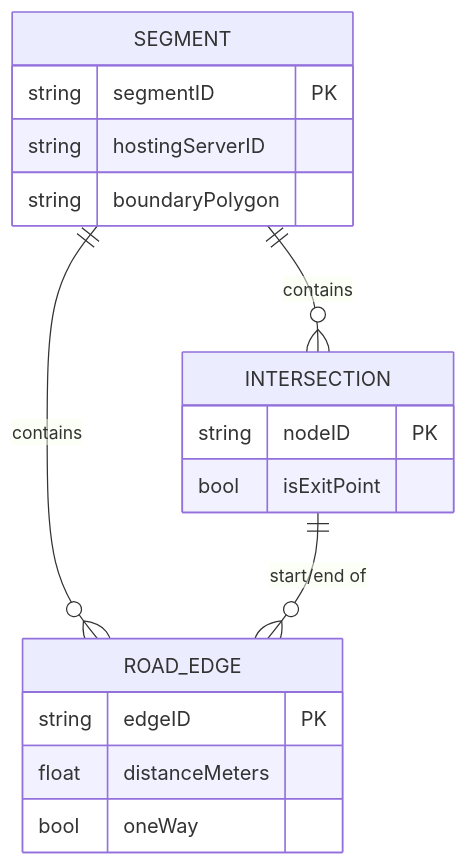
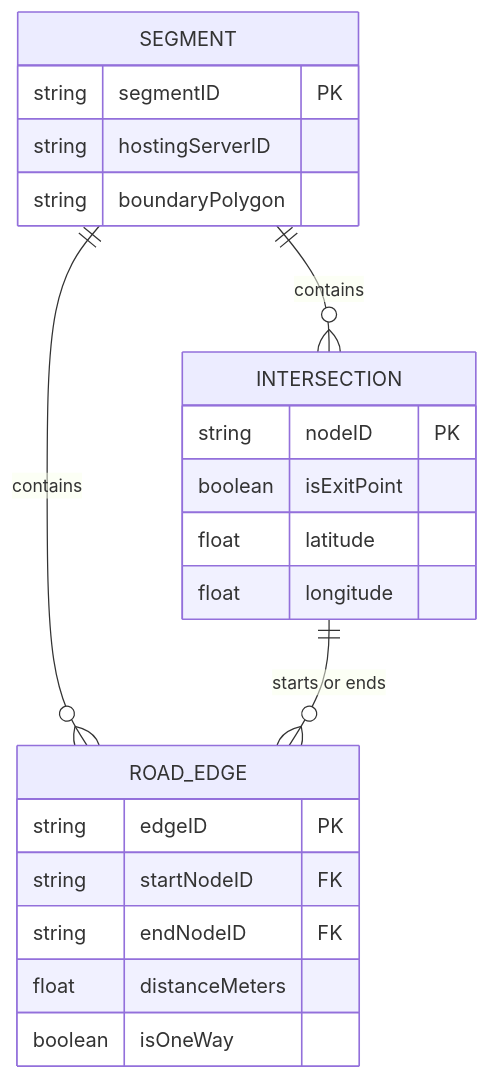
One commit to riyaz-pasha/Learnings changed the third of 20 diagrams in system-design/HLD/0-course/28-Design Google Maps-FAANG-Guide-story.md. Above: the diagram before and after it, drawn with Mermaid. The commit also changed other lines of this file and 1 other file, not shown here.

````diff
--- a/system-design/HLD/0-course/28-Design Google Maps-FAANG-Guide-story.md
+++ b/system-design/HLD/0-course/28-Design Google Maps-FAANG-Guide-story.md
@@ -58,20 +191,25 @@
 ```mermaid
 erDiagram
     SEGMENT ||--o{ INTERSECTION : contains
     SEGMENT ||--o{ ROAD_EDGE : contains
-    INTERSECTION ||--o{ ROAD_EDGE : "start/end of"
+    INTERSECTION ||--o{ ROAD_EDGE : "starts or ends"
+    
     SEGMENT {
         string segmentID PK
         string hostingServerID
         string boundaryPolygon
     }
     INTERSECTION {
         string nodeID PK
-        bool isExitPoint
+        boolean isExitPoint
+        float latitude
+        float longitude
     }
     ROAD_EDGE {
         string edgeID PK
+        string startNodeID FK
+        string endNodeID FK
         float distanceMeters
-        bool oneWay
+        boolean isOneWay
     }
 ```
````
